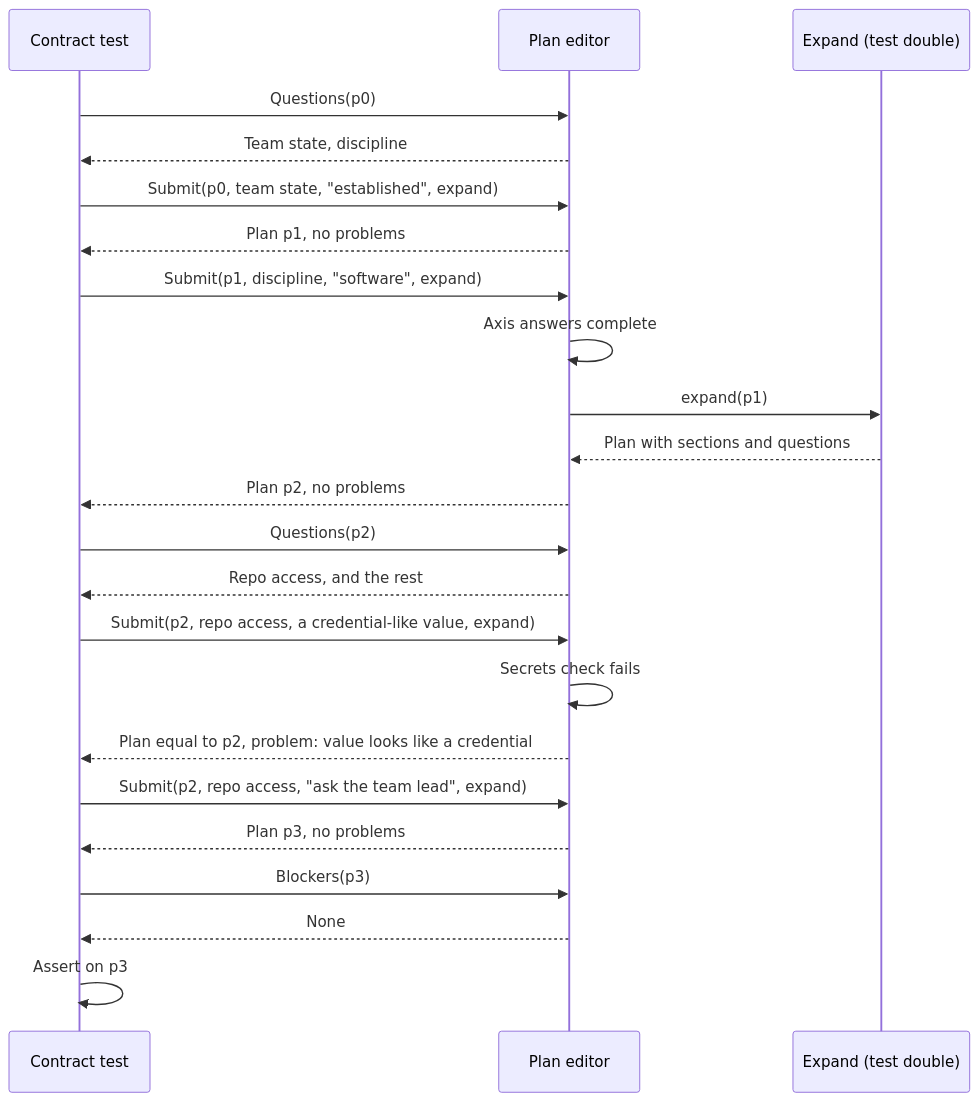
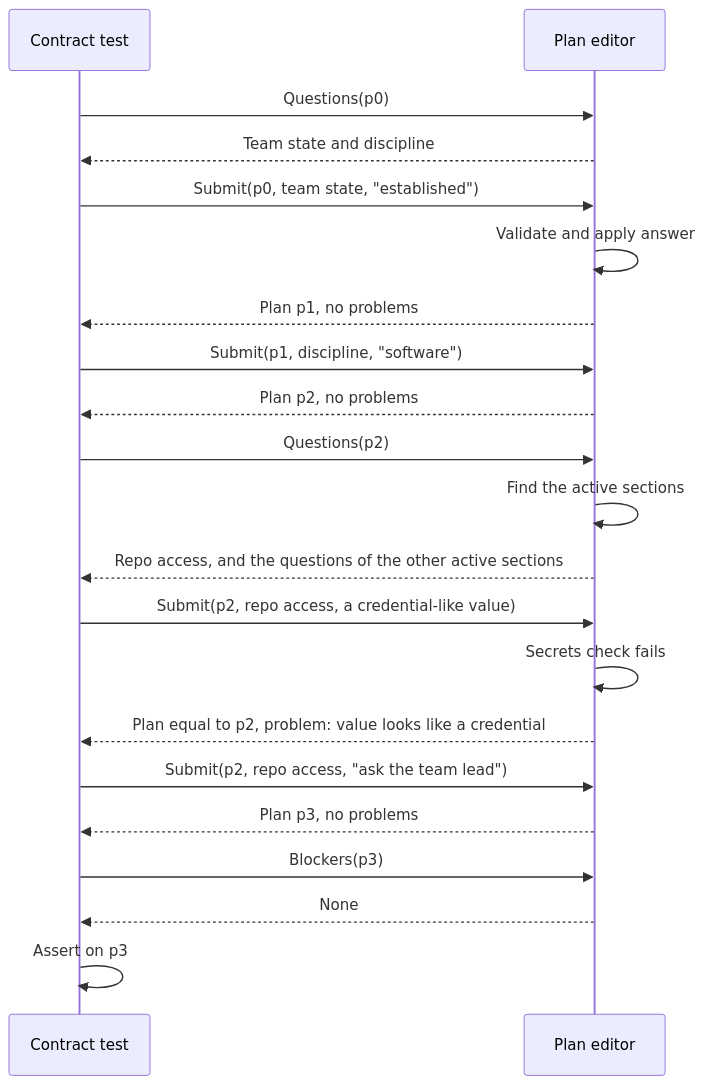
One commit to 8thlight-daveloper/onboard-kit changed the first of 4 diagrams in docs/decisions/0010-plan-editor.md. Above: the diagram before and after it, drawn with Mermaid. The commit also changed other lines of this file and 4 other files, not shown here.

````diff
--- a/docs/decisions/0010-plan-editor.md
+++ b/docs/decisions/0010-plan-editor.md
@@ -159,30 +157,28 @@
 ```mermaid
 sequenceDiagram
     participant S as Contract test
     participant E as Plan editor
-    participant X as Expand (test double)
 
     S->>E: Questions(p0)
-    E-->>S: Team state, discipline
-    S->>E: Submit(p0, team state, "established", expand)
+    E-->>S: Team state and discipline
+    S->>E: Submit(p0, team state, "established")
+    E->>E: Validate and apply answer
     E-->>S: Plan p1, no problems
 
-    S->>E: Submit(p1, discipline, "software", expand)
-    E->>E: Axis answers complete
-    E->>X: expand(p1)
-    X-->>E: Plan with sections and questions
+    S->>E: Submit(p1, discipline, "software")
     E-->>S: Plan p2, no problems
 
     S->>E: Questions(p2)
-    E-->>S: Repo access, and the rest
-    S->>E: Submit(p2, repo access, a credential-like value, expand)
+    E->>E: Find the active sections
+    E-->>S: Repo access, and the questions of the other active sections
+    S->>E: Submit(p2, repo access, a credential-like value)
     E->>E: Secrets check fails
     E-->>S: Plan equal to p2, problem: value looks like a credential
 
-    S->>E: Submit(p2, repo access, "ask the team lead", expand)
+    S->>E: Submit(p2, repo access, "ask the team lead")
     E-->>S: Plan p3, no problems
 
     S->>E: Blockers(p3)
     E-->>S: None
     S->>S: Assert on p3
 ```
````
